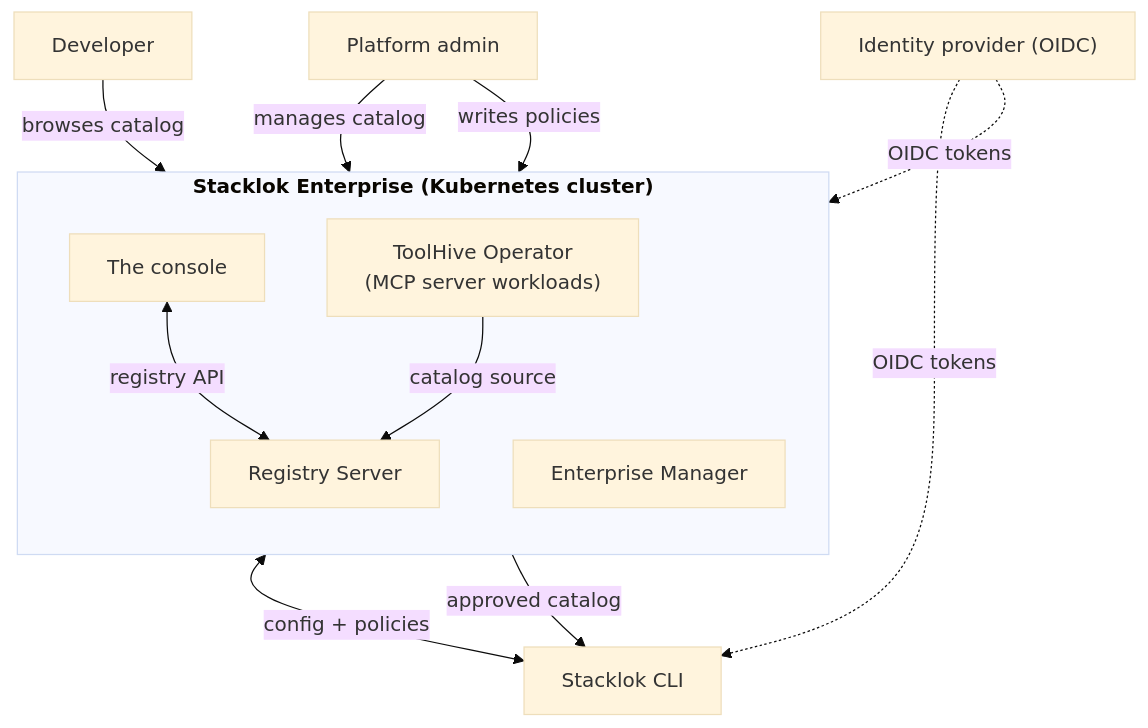
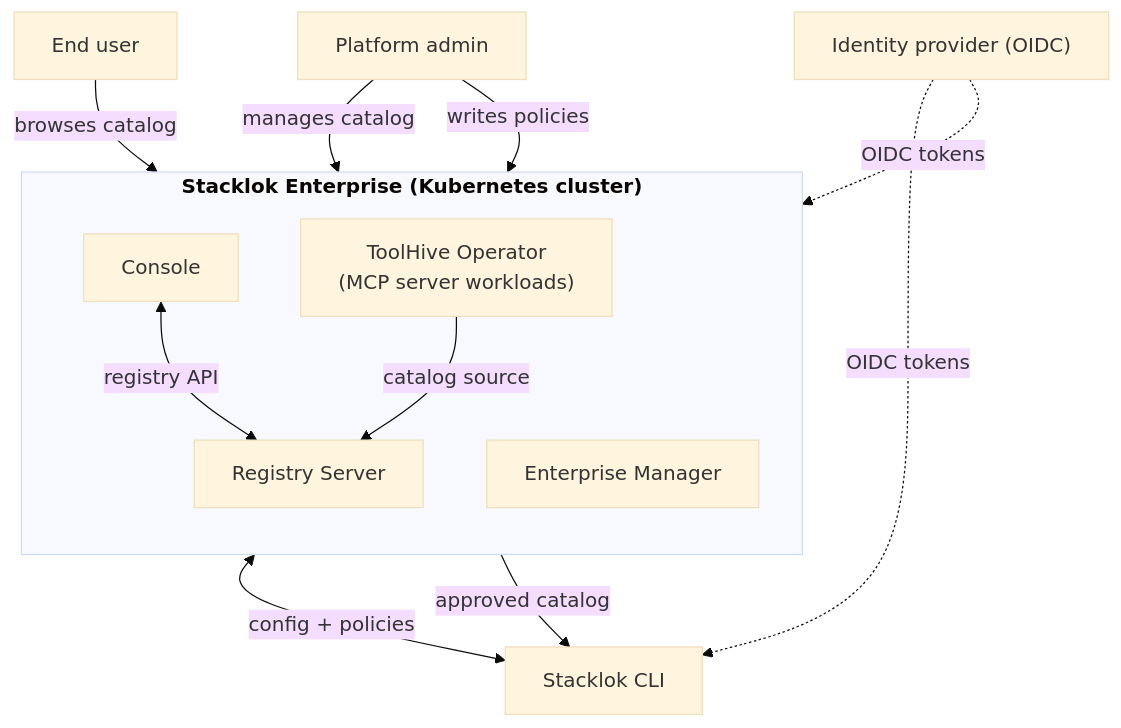
The diagram in docs/platform/enterprise-platform/index.mdx (stacklok/docs-website), drawn with Mermaid (base theme) before and after one commit. The commit also changed other lines of this file and 49 other files, not shown here.

````diff
--- a/docs/platform/enterprise-platform/index.mdx
+++ b/docs/platform/enterprise-platform/index.mdx
@@ -28,29 +27,29 @@
 ```mermaid
 flowchart TB
-  Dev["Developer"]
+  Dev["End user"]
   Admin["Platform admin"]
   IdP["Identity provider (OIDC)"]
 
   subgraph Enterprise["<strong>Stacklok Enterprise (Kubernetes cluster)</strong>"]
     direction TB
-    Console["The console"]
+    Console["Console"]
     RS["Registry Server"]
     EM["Enterprise Manager"]
     Operator["ToolHive Operator<br/>(MCP server workloads)"]
   end
 
   Client["Stacklok CLI"]
 
   Admin -->|"manages catalog"| Console
   Dev -->|"browses catalog"| Console
   Admin -->|"writes policies"| EM
 
   Console <-->|"registry API"| RS
   Operator -->|"catalog source"| RS
 
   EM <-->|"config + policies"| Client
   RS -->|"approved catalog"| Client
 
   IdP -.->|"OIDC tokens"| Enterprise
   IdP -.->|"OIDC tokens"| Client
 ```
````
